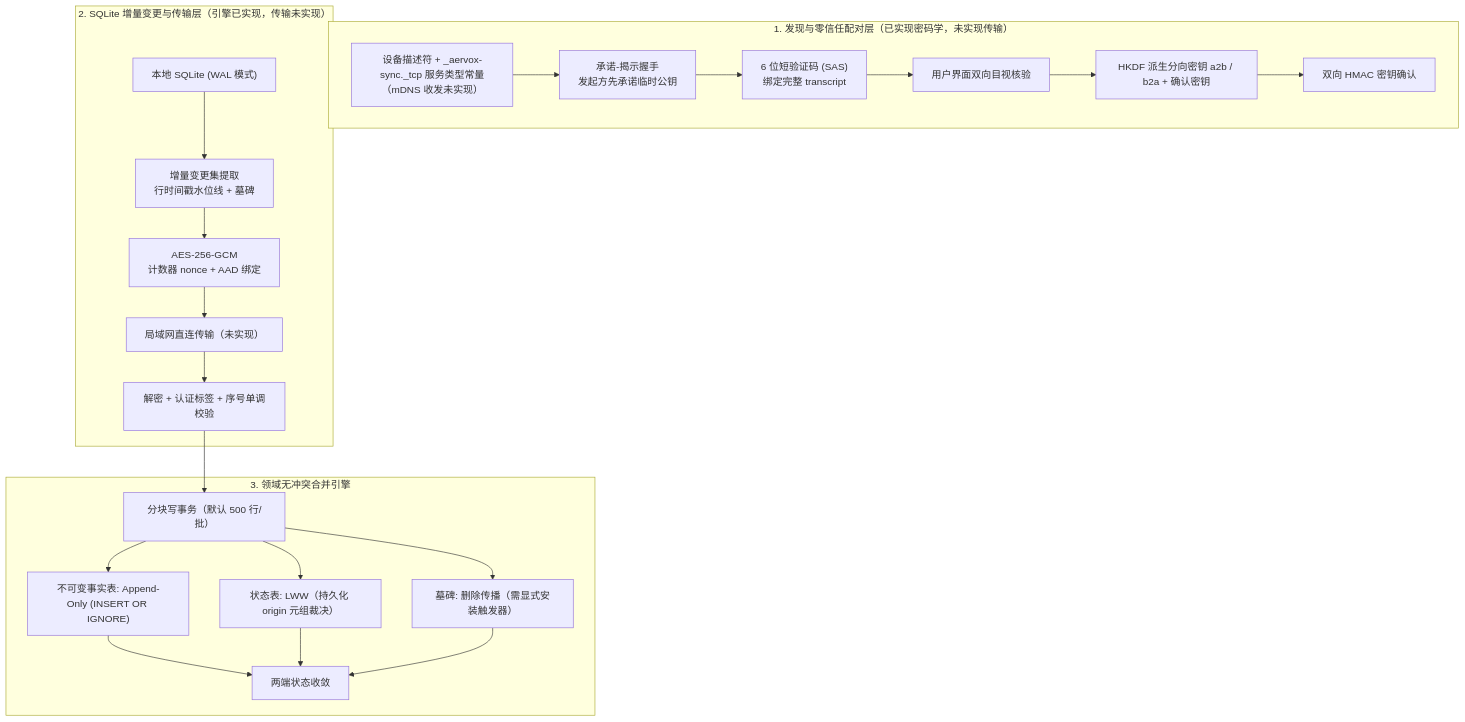
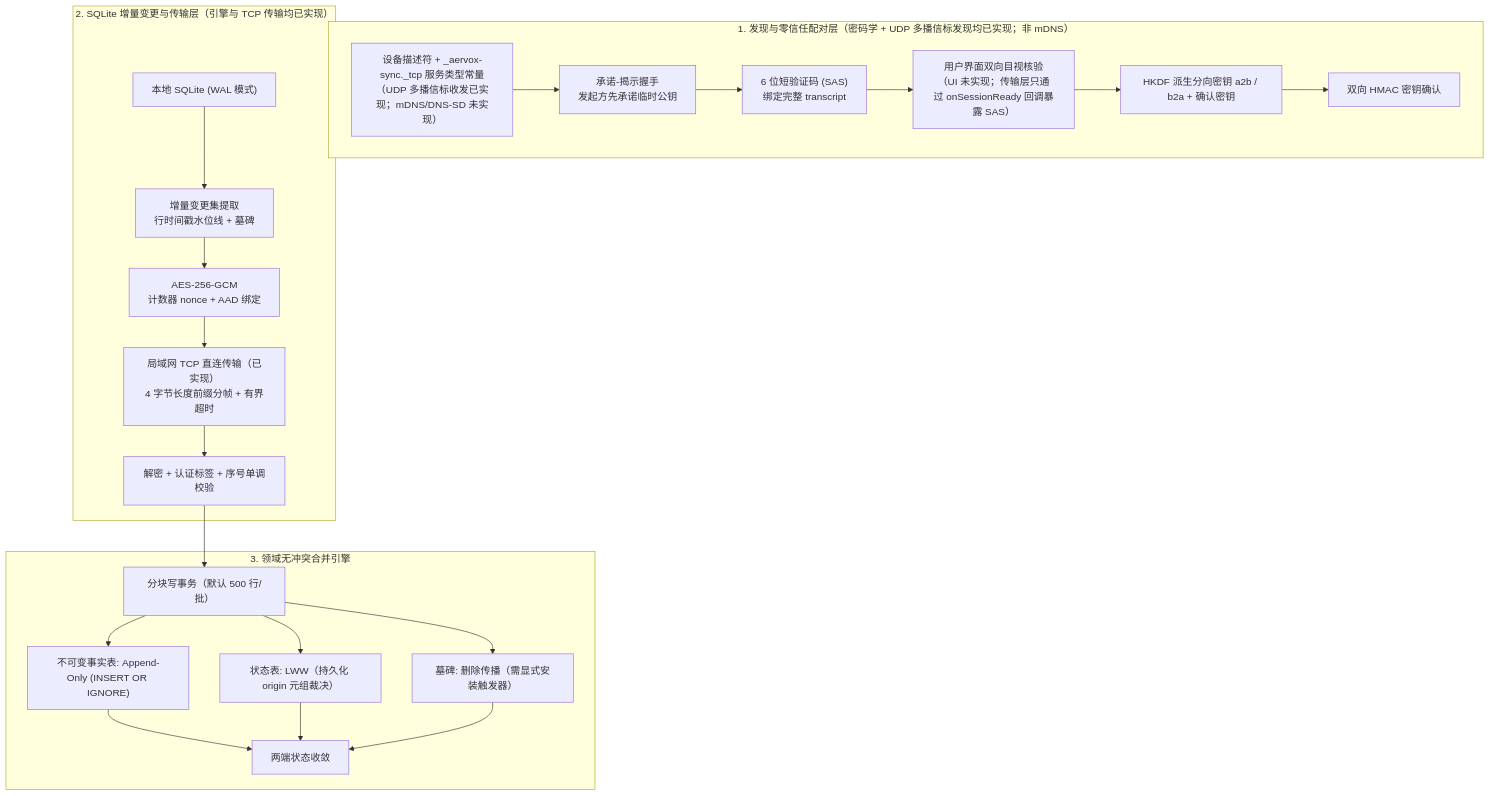
One commit to 3yearsZhuang/Aervox-harness changed the diagram in docs/explanation/p2p-local-sync-exploration.md. Above: the diagram before and after it, drawn with Mermaid. The commit also changed other lines of this file and 5 other files, not shown here.

First line of the commit message:
feat(sync): 补齐 ITER-028 局域网发现与传输（UDP 组播 + TCP 帧协议 + 端到端同步驱动）

````diff
--- a/docs/explanation/p2p-local-sync-exploration.md
+++ b/docs/explanation/p2p-local-sync-exploration.md
@@ -53,27 +55,27 @@
 ```mermaid
 flowchart TD
-  subgraph Discovery["1. 发现与零信任配对层（已实现密码学，未实现传输）"]
-    M1["设备描述符 + _aervox-sync._tcp 服务类型常量<br/>（mDNS 收发未实现）"] --> H1["承诺-揭示握手<br/>发起方先承诺临时公钥"]
+  subgraph Discovery["1. 发现与零信任配对层（密码学 + UDP 多播信标发现均已实现；非 mDNS）"]
+    M1["设备描述符 + _aervox-sync._tcp 服务类型常量<br/>（UDP 多播信标收发已实现；mDNS/DNS-SD 未实现）"] --> H1["承诺-揭示握手<br/>发起方先承诺临时公钥"]
     H1 --> SAS["6 位短验证码 (SAS)<br/>绑定完整 transcript"]
-    SAS --> UI["用户界面双向目视核验"]
+    SAS --> UI["用户界面双向目视核验<br/>（UI 未实现；传输层只通过 onSessionReady 回调暴露 SAS）"]
     UI --> K1["HKDF 派生分向密钥 a2b / b2a + 确认密钥"]
     K1 --> KC["双向 HMAC 密钥确认"]
   end
 
-  subgraph Changeset["2. SQLite 增量变更与传输层（引擎已实现，传输未实现）"]
+  subgraph Changeset["2. SQLite 增量变更与传输层（引擎与 TCP 传输均已实现）"]
     DB1["本地 SQLite (WAL 模式)"] --> EX["增量变更集提取<br/>行时间戳水位线 + 墓碑"]
     EX --> ENC["AES-256-GCM<br/>计数器 nonce + AAD 绑定"]
-    ENC --> TCP["局域网直连传输（未实现）"]
+    ENC --> TCP["局域网 TCP 直连传输（已实现）<br/>4 字节长度前缀分帧 + 有界超时"]
     TCP --> DEC["解密 + 认证标签 + 序号单调校验"]
   end
 
   subgraph Merge["3. 领域无冲突合并引擎"]
     DEC --> CH["分块写事务（默认 500 行/批）"]
     CH --> M_FACT["不可变事实表: Append-Only (INSERT OR IGNORE)"]
     CH --> M_STATE["状态表: LWW（持久化 origin 元组裁决）"]
     CH --> TOMB["墓碑: 删除传播（需显式安装触发器）"]
     M_FACT --> CONV["两端状态收敛"]
     M_STATE --> CONV
     TOMB --> CONV
   end
 ```
````
